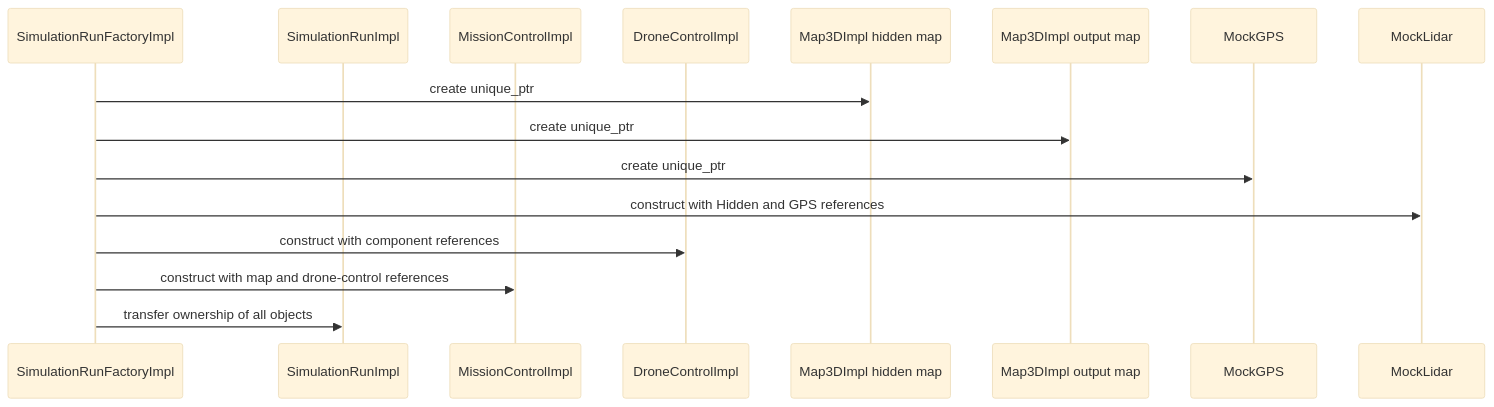
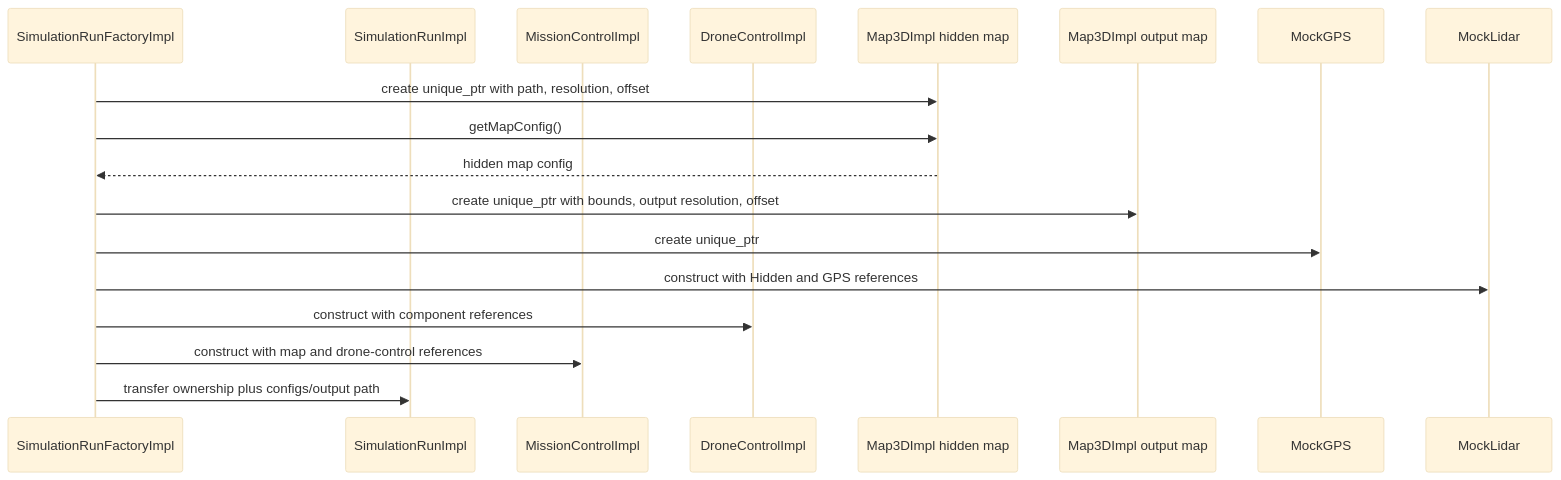
Before and after one commit to davidKop98/drone_mapper_ex2: the third of 4 diagrams in docs/HLD.md, drawn with Mermaid (base theme). The commit also changed other lines of this file and 25 other files, not shown here.

First line of the commit message:
Refactor map geometry and simulation reporting Update the simulator interfaces to use offset-aware map configuration and simulation-level run results. Move map bounds into MapConfig, expose map geometry through IMap3D::getMapConfig(), and rename voxel lookup to atVoxel().

````diff
--- a/docs/HLD.md
+++ b/docs/HLD.md
@@ -209,19 +251,21 @@
 ```mermaid
 sequenceDiagram
     participant Factory as SimulationRunFactoryImpl
     participant Run as SimulationRunImpl
     participant Mission as MissionControlImpl
     participant Drone as DroneControlImpl
     participant Hidden as Map3DImpl hidden map
     participant Output as Map3DImpl output map
     participant GPS as MockGPS
     participant Lidar as MockLidar
 
-    Factory->>Hidden: create unique_ptr
-    Factory->>Output: create unique_ptr
+    Factory->>Hidden: create unique_ptr with path, resolution, offset
+    Factory->>Hidden: getMapConfig()
+    Hidden-->>Factory: hidden map config
+    Factory->>Output: create unique_ptr with bounds, output resolution, offset
     Factory->>GPS: create unique_ptr
     Factory->>Lidar: construct with Hidden and GPS references
     Factory->>Drone: construct with component references
     Factory->>Mission: construct with map and drone-control references
-    Factory->>Run: transfer ownership of all objects
+    Factory->>Run: transfer ownership plus configs/output path
 ```
````
